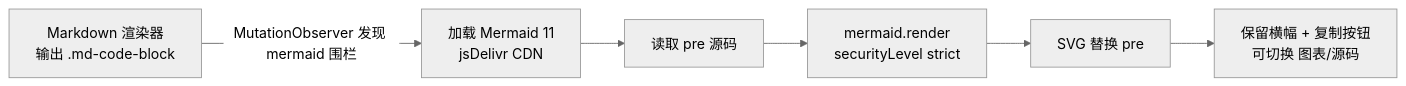
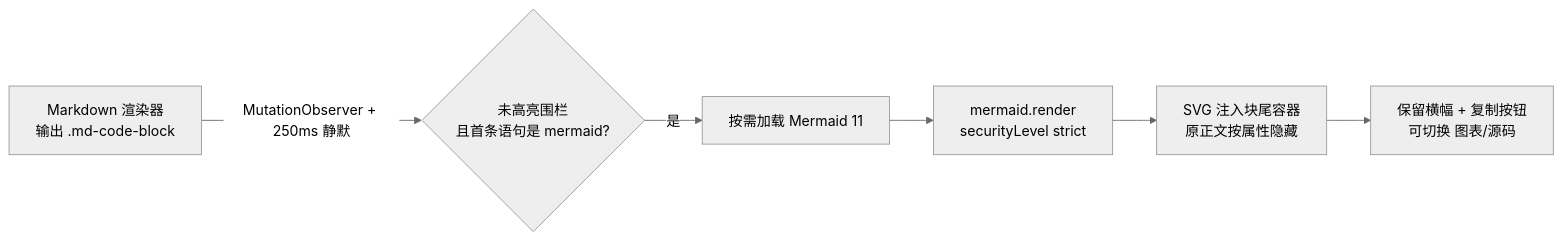
Before and after one commit to realguan/dsh-mermaid-preview: the diagram in README.md, drawn with Mermaid (neutral theme). The commit also changed other lines of this file and 21 other files, not shown here.

````diff
--- a/README.md
+++ b/README.md
@@ -109,8 +101,8 @@
 ```mermaid
 flowchart LR
-    A[Markdown 渲染器<br/>输出 .md-code-block] -->|MutationObserver 发现 mermaid 围栏| B[加载 Mermaid 11<br/>jsDelivr CDN]
-    B --> C[读取 pre 源码]
+    A[Markdown 渲染器<br/>输出 .md-code-block] -->|MutationObserver + 250ms 静默| B{未高亮围栏<br/>且首条语句是 mermaid?}
+    B -->|是| C[按需加载 Mermaid 11]
     C --> D[mermaid.render<br/>securityLevel strict]
-    D --> E[SVG 替换 pre]
+    D --> E[SVG 注入块尾容器<br/>原正文按属性隐藏]
     E --> F[保留横幅 + 复制按钮<br/>可切换 图表/源码]
 ```
````
